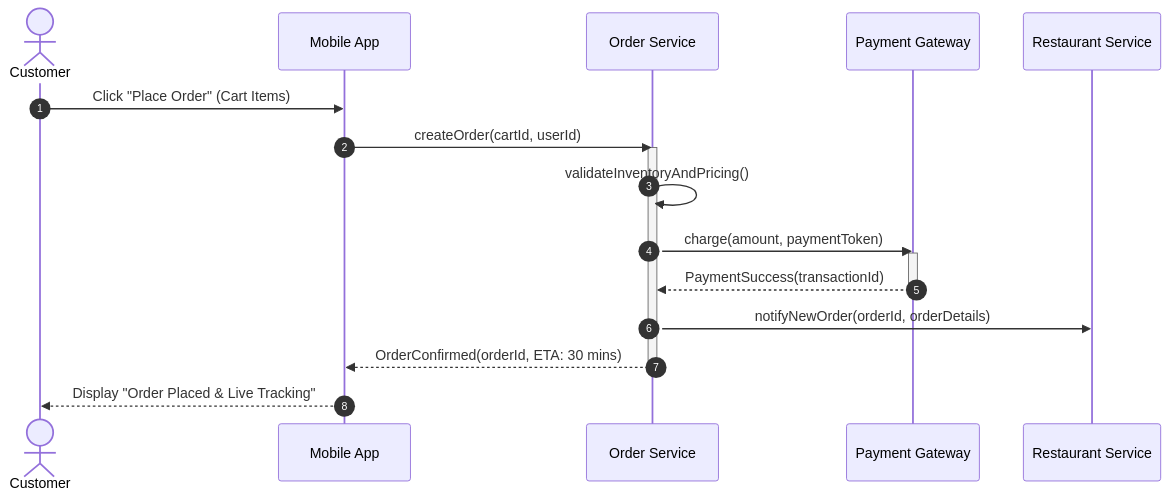
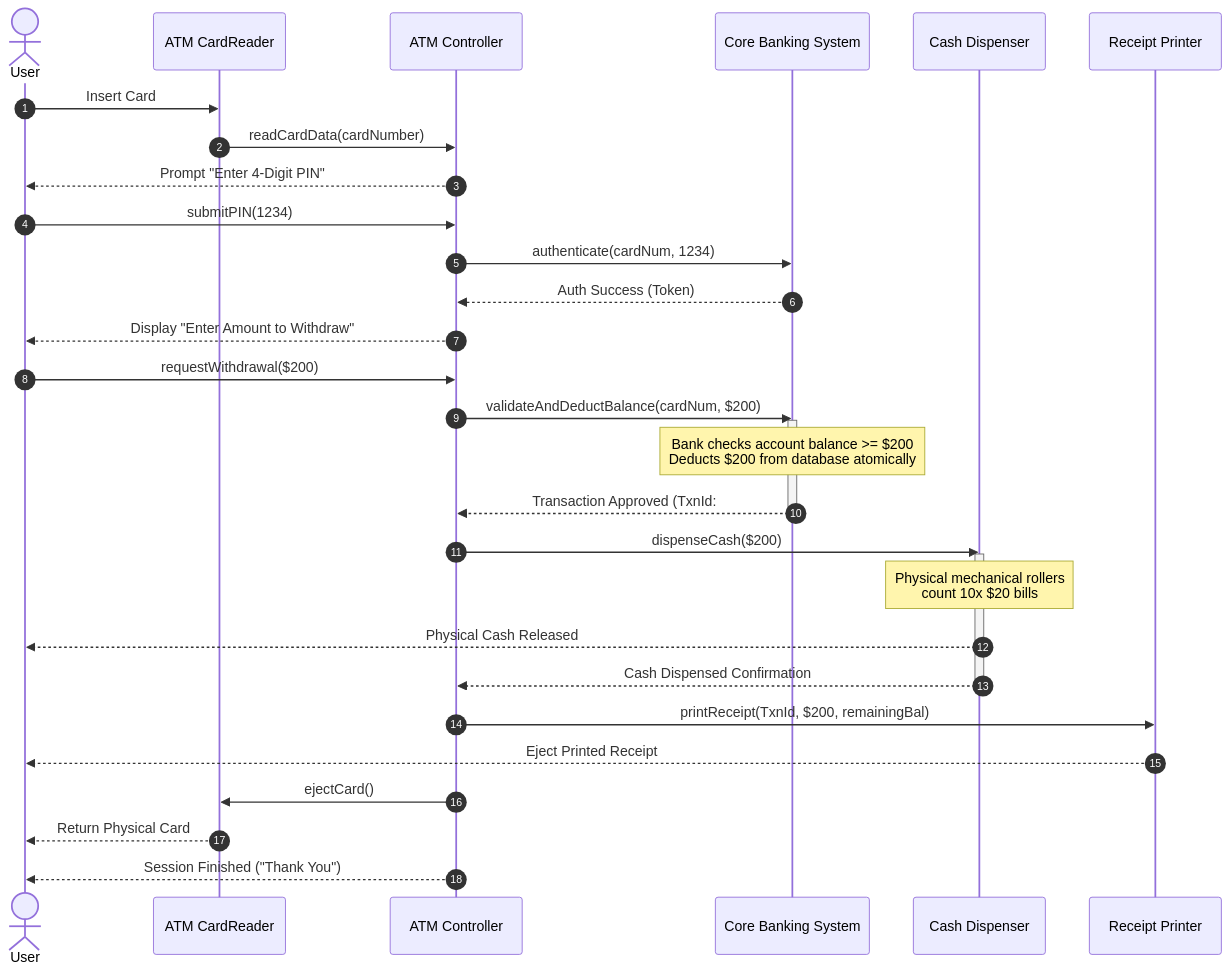
The fourth of 4 diagrams in 04-OOPs-and-Design-Patterns/01-Core-OOPs-and-UML/04-UML-Diagrams-Class-and-Sequence-Diagrams.md (rohithgowda18/Notes), drawn with Mermaid before and after one commit. The commit also changed other lines of this file and 17 other files, not shown here.

Commit message:
docs(lld): enrich notes with deep architectural analysis, diagrams, anti-patterns & code

````diff
--- a/04-OOPs-and-Design-Patterns/01-Core-OOPs-and-UML/04-UML-Diagrams-Class-and-Sequence-Diagrams.md
+++ b/04-OOPs-and-Design-Patterns/01-Core-OOPs-and-UML/04-UML-Diagrams-Class-and-Sequence-Diagrams.md
@@ -144,23 +171,41 @@
 ```mermaid
 sequenceDiagram
     autonumber
-    actor Customer
-    participant App as Mobile App
-    participant OrderSvc as Order Service
-    participant PayGW as Payment Gateway
-    participant RestSvc as Restaurant Service
+    actor Customer as User
+    participant Reader as ATM CardReader
+    participant Controller as ATM Controller
+    participant Bank as Core Banking System
+    participant Dispenser as Cash Dispenser
+    participant Printer as Receipt Printer
 
-    Customer->>App: Click "Place Order" (Cart Items)
-    App->>OrderSvc: createOrder(cartId, userId)
-    activate OrderSvc
-    OrderSvc->>OrderSvc: validateInventoryAndPricing()
-    OrderSvc->>PayGW: charge(amount, paymentToken)
-    activate PayGW
-    PayGW-->>OrderSvc: PaymentSuccess(transactionId)
-    deactivate PayGW
-
-    OrderSvc->>RestSvc: notifyNewOrder(orderId, orderDetails)
-    OrderSvc-->>App: OrderConfirmed(orderId, ETA: 30 mins)
-    deactivate OrderSvc
-    App-->>Customer: Display "Order Placed & Live Tracking"
+    Customer->>Reader: Insert Card
+    Reader->>Controller: readCardData(cardNumber)
+    Controller-->>Customer: Prompt "Enter 4-Digit PIN"
+    
+    Customer->>Controller: submitPIN(1234)
+    Controller->>Bank: authenticate(cardNum, 1234)
+    Bank-->>Controller: Auth Success (Token)
+    
+    Controller-->>Customer: Display "Enter Amount to Withdraw"
+    Customer->>Controller: requestWithdrawal($200)
+    
+    Controller->>Bank: validateAndDeductBalance(cardNum, $200)
+    activate Bank
+    Note over Bank: Bank checks account balance >= $200<br/>Deducts $200 from database atomically
+    Bank-->>Controller: Transaction Approved (TxnId: #9042)
+    deactivate Bank
+    
+    Controller->>Dispenser: dispenseCash($200)
+    activate Dispenser
+    Note over Dispenser: Physical mechanical rollers<br/>count 10x $20 bills
+    Dispenser-->>Customer: Physical Cash Released
+    Dispenser-->>Controller: Cash Dispensed Confirmation
+    deactivate Dispenser
+    
+    Controller->>Printer: printReceipt(TxnId, $200, remainingBal)
+    Printer-->>Customer: Eject Printed Receipt
+    
+    Controller->>Reader: ejectCard()
+    Reader-->>Customer: Return Physical Card
+    Controller-->>Customer: Session Finished ("Thank You")
 ```
````
